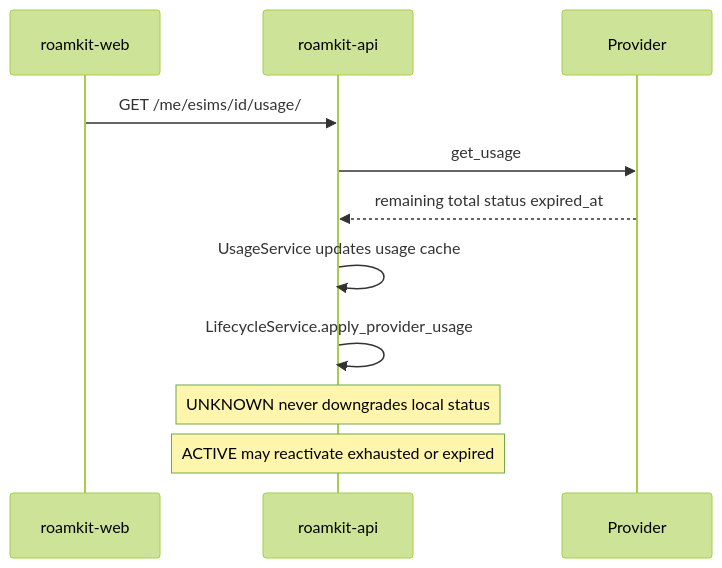
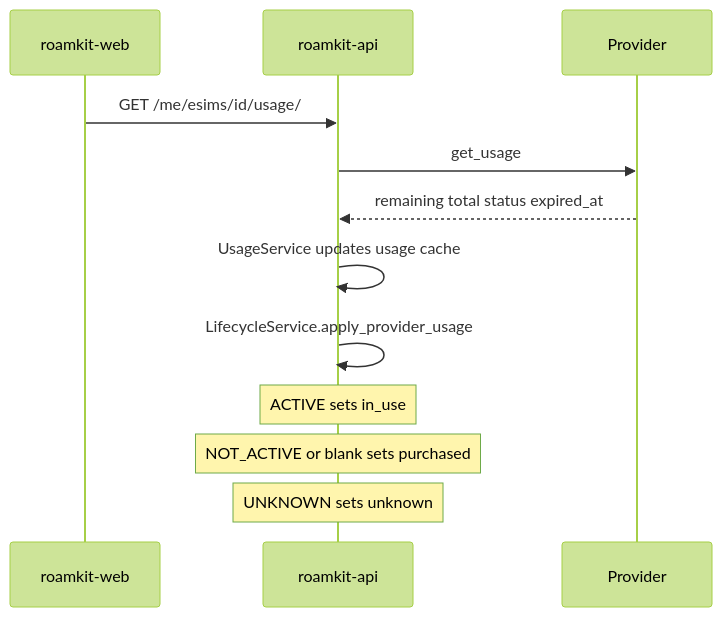
Before and after one commit to roamkit-net/roamkit-docs: the third of 3 diagrams in docs/adr/014-esim-lifecycle-install-telemetry.md, drawn with Mermaid (forest theme). The commit also changed other lines of this file, not shown here.

First line of the commit message:
docs(adr): overwrite eSIM status from Airalo usage (#183)

````diff
--- a/docs/adr/014-esim-lifecycle-install-telemetry.md
+++ b/docs/adr/014-esim-lifecycle-install-telemetry.md
@@ -168,14 +190,15 @@
 ```mermaid
 sequenceDiagram
   participant W as roamkit-web
   participant A as roamkit-api
   participant P as Provider
 
   W->>A: GET /me/esims/id/usage/
   A->>P: get_usage
   P-->>A: remaining total status expired_at
   A->>A: UsageService updates usage cache
   A->>A: LifecycleService.apply_provider_usage
-  Note over A: UNKNOWN never downgrades local status
-  Note over A: ACTIVE may reactivate exhausted or expired
+  Note over A: ACTIVE sets in_use
+  Note over A: NOT_ACTIVE or blank sets purchased
+  Note over A: UNKNOWN sets unknown
 ```
````
